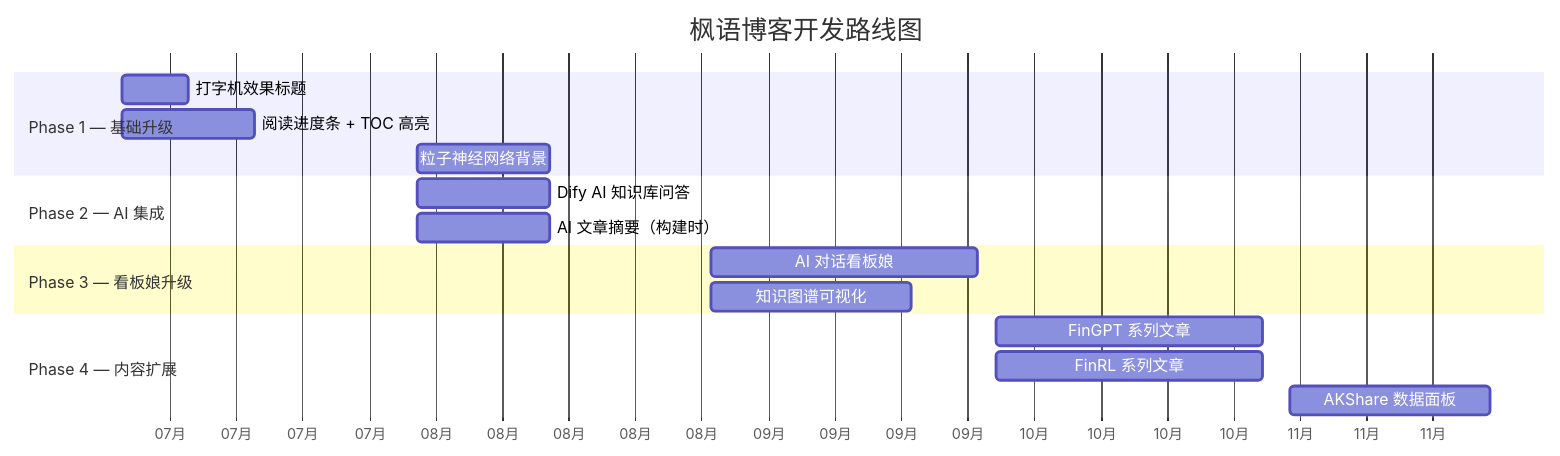
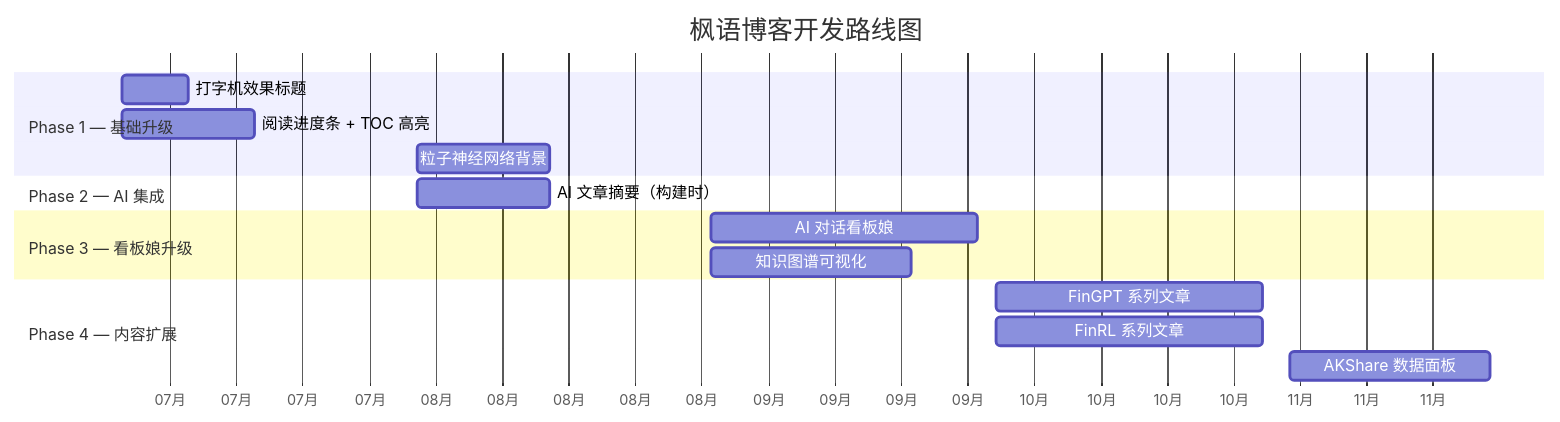
The diagram in docs/roadmap.md (meiluosi/meiluosi.github.io), drawn with Mermaid before and after one commit. The commit also changed other lines of this file and 35 other files, not shown here.

````diff
--- a/docs/roadmap.md
+++ b/docs/roadmap.md
@@ -9,24 +9,23 @@
 ```mermaid
 gantt
     title 枫语博客开发路线图
     dateFormat  YYYY-MM
     axisFormat  %m月
 
     section Phase 1 — 基础升级
     打字机效果标题           :p1a, 2025-07, 1w
     阅读进度条 + TOC 高亮     :p1b, 2025-07, 2w
     粒子神经网络背景          :p1c, 2025-08, 2w
 
     section Phase 2 — AI 集成
-    Dify AI 知识库问答        :p2a, 2025-08, 2w
-    AI 文章摘要（构建时）      :p2b, 2025-08, 2w
+    AI 文章摘要（构建时）      :p2a, 2025-08, 2w
 
     section Phase 3 — 看板娘升级
     AI 对话看板娘             :p3a, 2025-09, 4w
     知识图谱可视化            :p3b, 2025-09, 3w
 
     section Phase 4 — 内容扩展
     FinGPT 系列文章           :p4a, 2025-10, 4w
     FinRL 系列文章            :p4b, 2025-10, 4w
     AKShare 数据面板          :p4c, 2025-11, 3w
 ```
````
